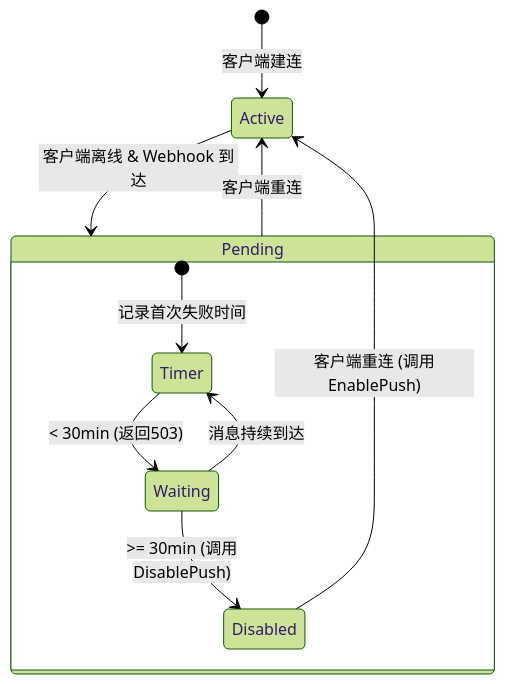
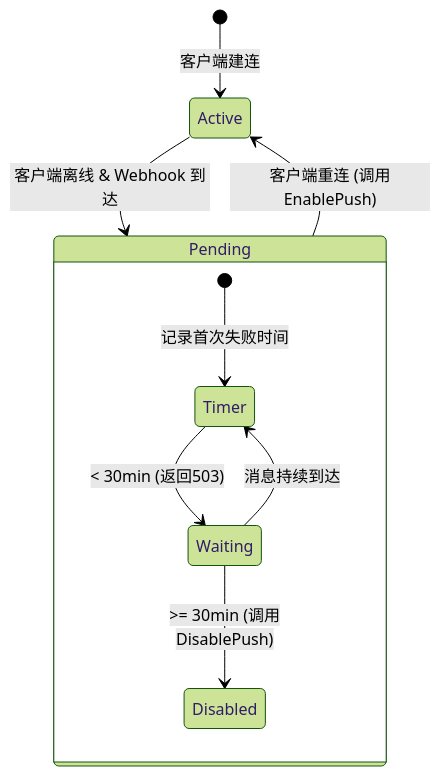
The second of 5 diagrams in docs/latest/prd/草案/畅捷通 Stream Gateway 需求草案 v0.0.5.md (Chanjet/chanjet-openplatform-stream-java), drawn with Mermaid (forest theme) before and after one commit. The commit also changed other lines of this file and 7 other files, not shown here.

````diff
--- a/docs/latest/prd/草案/畅捷通 Stream Gateway 需求草案 v0.0.5.md
+++ b/docs/latest/prd/草案/畅捷通 Stream Gateway 需求草案 v0.0.5.md
@@ -339,14 +339,12 @@
 ```mermaid
 stateDiagram-v2
     [*] --> Active: 客户端建连
     Active --> Pending: 客户端离线 & Webhook 到达
     state Pending {
         [*] --> Timer: 记录首次失败时间
         Timer --> Waiting: < 30min (返回503)
         Waiting --> Timer: 消息持续到达
         Waiting --> Disabled: >= 30min (调用DisablePush)
     }
-    Disabled --> Active: 客户端重连 (调用EnablePush)
-    Pending --> Active: 客户端重连
-
+    Pending --> Active: 客户端重连 (调用EnablePush)
 ```
````
